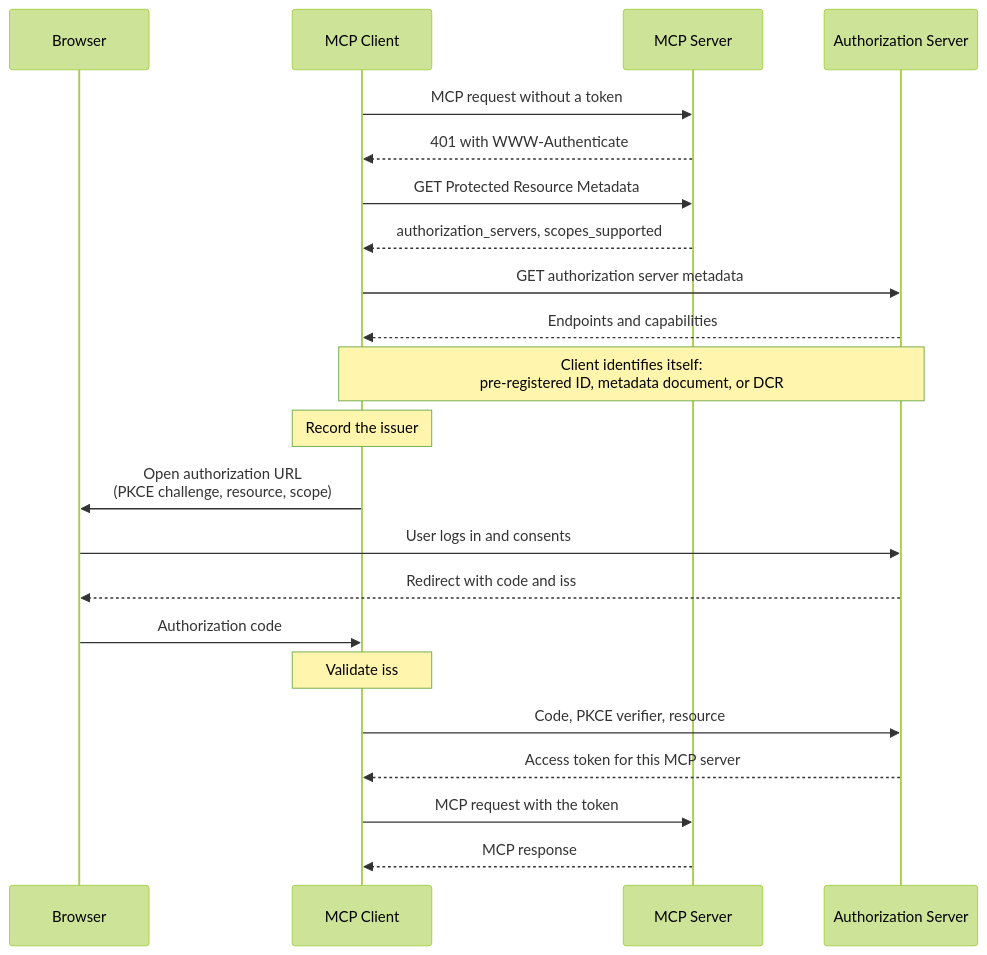
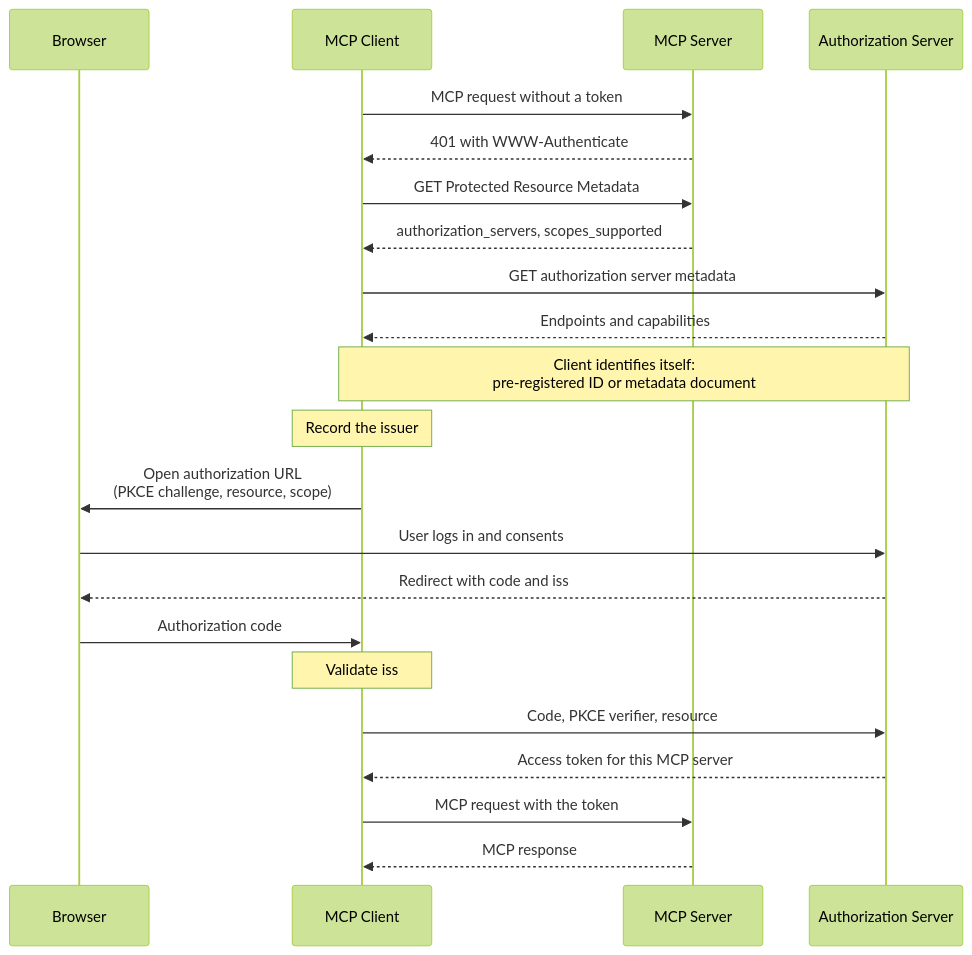
Before and after one commit to modelcontextprotocol/modelcontextprotocol: the diagram in docs/docs/draft/tutorials/security/authorization.mdx, drawn with Mermaid (forest theme). The commit also changed other lines of this file and 11 other files, not shown here.

````diff
--- a/docs/docs/draft/tutorials/security/authorization.mdx
+++ b/docs/docs/draft/tutorials/security/authorization.mdx
@@ -31,25 +31,25 @@
 ```mermaid
 sequenceDiagram
     participant B as Browser
     participant C as MCP Client
     participant M as MCP Server
     participant A as Authorization Server
 
     C->>M: MCP request without a token
     M-->>C: 401 with WWW-Authenticate
     C->>M: GET Protected Resource Metadata
     M-->>C: authorization_servers, scopes_supported
     C->>A: GET authorization server metadata
     A-->>C: Endpoints and capabilities
-    Note over C,A: Client identifies itself:<br/>pre-registered ID, metadata document, or DCR
+    Note over C,A: Client identifies itself:<br/>pre-registered ID or metadata document
     Note over C: Record the issuer
     C->>B: Open authorization URL<br/>(PKCE challenge, resource, scope)
     B->>A: User logs in and consents
     A-->>B: Redirect with code and iss
     B->>C: Authorization code
     Note over C: Validate iss
     C->>A: Code, PKCE verifier, resource
     A-->>C: Access token for this MCP server
     C->>M: MCP request with the token
     M-->>C: MCP response
 ```
````
